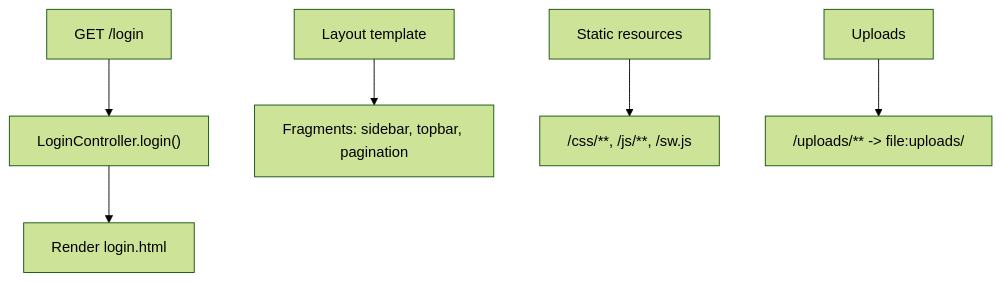
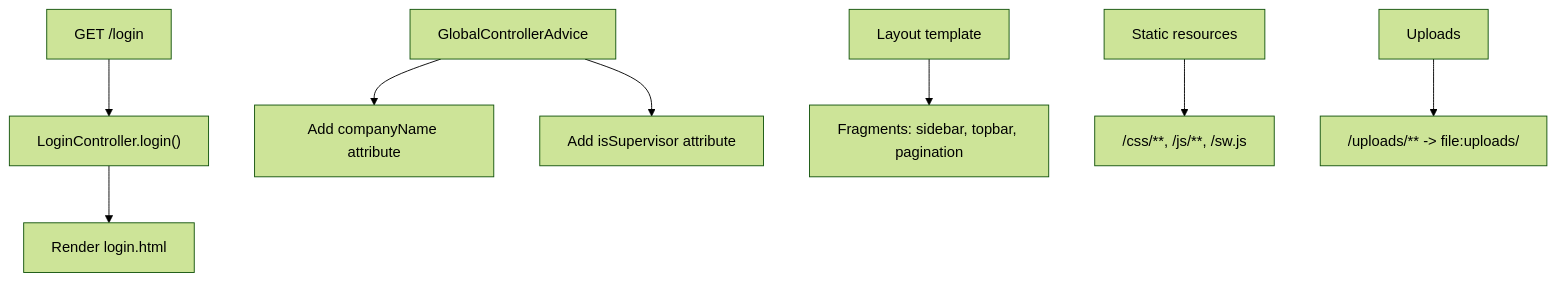
The sixth of 7 diagrams in .qoder/repowiki/en/content/Architecture and Design/Architecture and Design.md (mhcybroot/Skylink-custom-backend), drawn with Mermaid (forest theme) before and after one commit. The commit also changed other lines of this file and 7 other files, not shown here.

First line of the commit message:
feat(architecture): enhance security, real-time communication, and data access layers

````diff
--- a/.qoder/repowiki/en/content/Architecture and Design/Architecture and Design.md
+++ b/.qoder/repowiki/en/content/Architecture and Design/Architecture and Design.md
@@ -229,8 +377,10 @@
 ```mermaid
 flowchart TD
 A["GET /login"] --> B["LoginController.login()"]
 B --> C["Render login.html"]
-D["Layout template"] --> E["Fragments: sidebar, topbar, pagination"]
-F["Static resources"] --> G["/css/**, /js/**, /sw.js"]
-H["Uploads"] --> I["/uploads/** -> file:uploads/"]
+D["GlobalControllerAdvice"] --> E["Add companyName attribute"]
+D --> F["Add isSupervisor attribute"]
+G["Layout template"] --> H["Fragments: sidebar, topbar, pagination"]
+I["Static resources"] --> J["/css/**, /js/**, /sw.js"]
+K["Uploads"] --> L["/uploads/** -> file:uploads/"]
 ```
````
